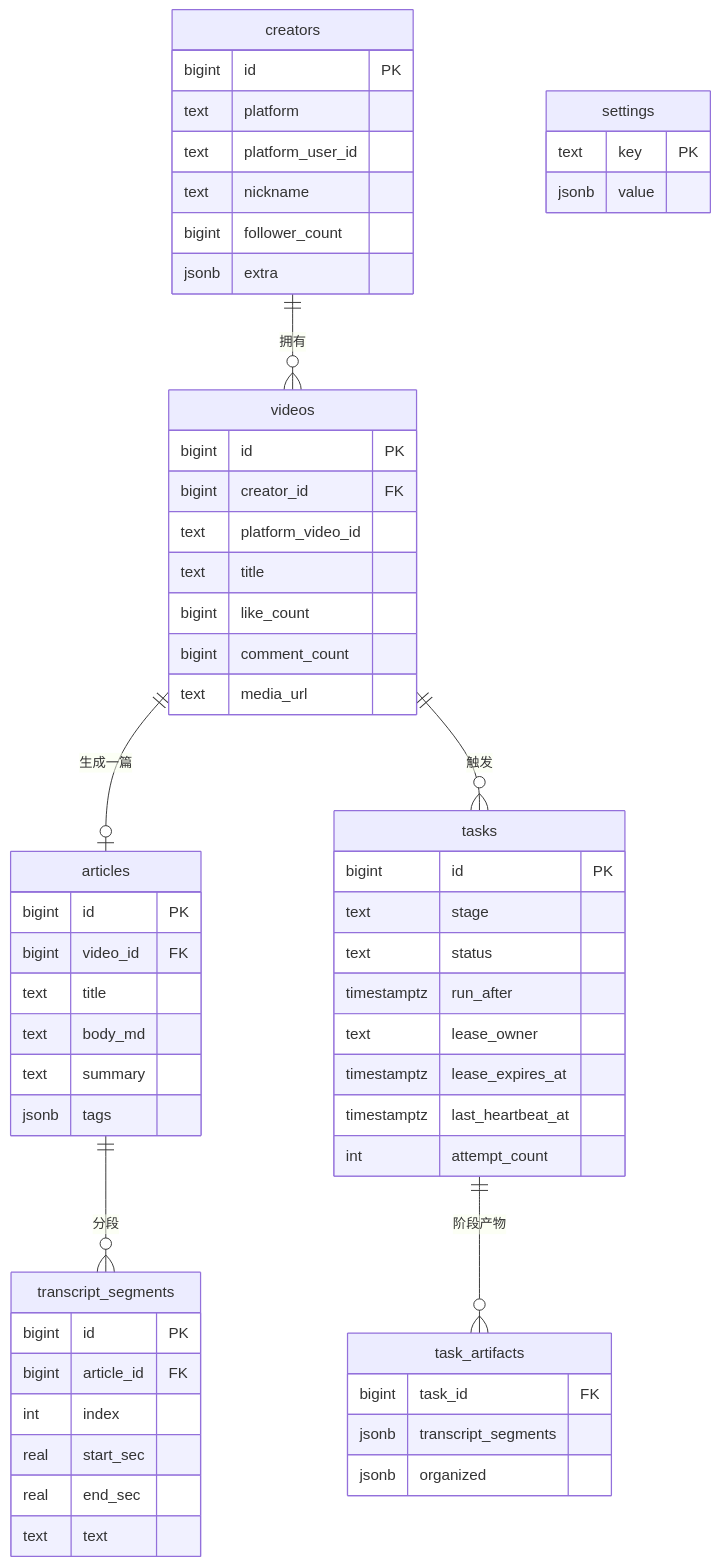
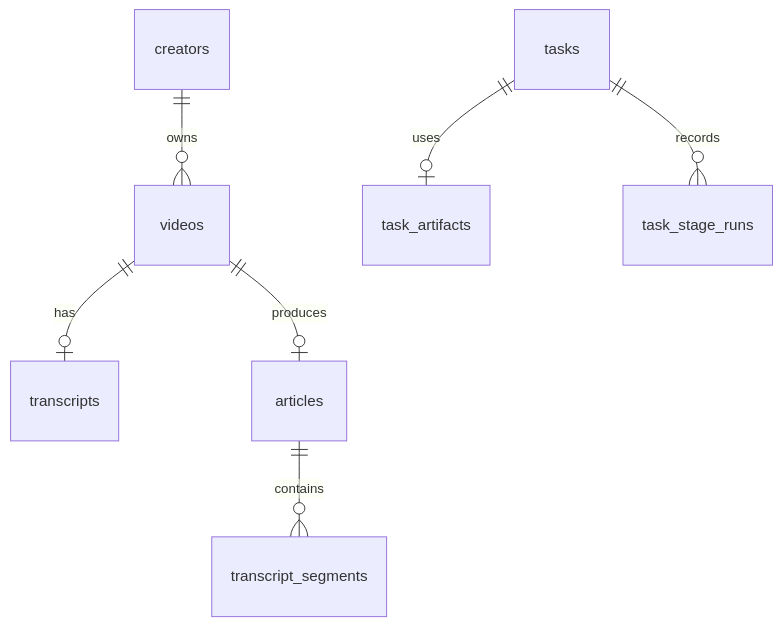
The third of 4 diagrams in voxpress-api/ARCHITECTURE-DIAGRAMS.md (weekdmond/voxpress), drawn with Mermaid before and after one commit. The commit also changed other lines of this file and 22 other files, not shown here.

````diff
--- a/voxpress-api/ARCHITECTURE-DIAGRAMS.md
+++ b/voxpress-api/ARCHITECTURE-DIAGRAMS.md
@@ -72,61 +42,9 @@
 ```mermaid
 erDiagram
-    creators ||--o{ videos : "拥有"
-    videos  ||--o| articles : "生成一篇"
-    articles ||--o{ transcript_segments : "分段"
-    videos  ||--o{ tasks : "触发"
-    tasks   ||--o{ task_artifacts : "阶段产物"
-
-    creators {
-        bigint id PK
-        text   platform
-        text   platform_user_id
-        text   nickname
-        bigint follower_count
-        jsonb  extra
-    }
-    videos {
-        bigint id PK
-        bigint creator_id FK
-        text   platform_video_id
-        text   title
-        bigint like_count
-        bigint comment_count
-        text   media_url
-    }
-    articles {
-        bigint id PK
-        bigint video_id FK
-        text   title
-        text   body_md
-        text   summary
-        jsonb  tags
-    }
-    transcript_segments {
-        bigint id PK
-        bigint article_id FK
-        int    index
-        real   start_sec
-        real   end_sec
-        text   text
-    }
-    tasks {
-        bigint    id PK
-        text      stage
-        text      status
-        timestamptz run_after
-        text      lease_owner
-        timestamptz lease_expires_at
-        timestamptz last_heartbeat_at
-        int       attempt_count
-    }
-    task_artifacts {
-        bigint task_id FK
-        jsonb  transcript_segments
-        jsonb  organized
-    }
-    settings {
-        text  key PK
-        jsonb value
-    }
+    creators ||--o{ videos : owns
+    videos ||--o| transcripts : has
+    videos ||--o| articles : produces
+    articles ||--o{ transcript_segments : contains
+    tasks ||--o| task_artifacts : uses
+    tasks ||--o{ task_stage_runs : records
 ```
````
